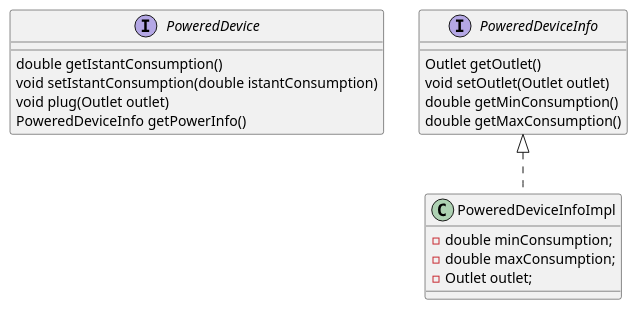
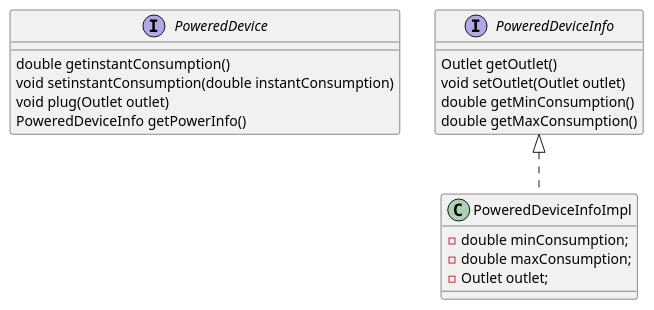
One commit to progetto-oop-22-23/OOP-report changed the diagram in monticelli/uml/PoweredDevice.puml. Above: the diagram before and after it, drawn with PlantUML. The commit also changed 1 other file, not shown here.

Commit message:
[LANG] istant -> instant

```diff
--- a/monticelli/uml/PoweredDevice.puml
+++ b/monticelli/uml/PoweredDevice.puml
@@ -1,22 +1,22 @@
 @startuml PoweredDevice
 interface PoweredDevice {
-    double getIstantConsumption()
-    void setIstantConsumption(double istantConsumption)
+    double getinstantConsumption()
+    void setinstantConsumption(double instantConsumption)
     void plug(Outlet outlet)
     PoweredDeviceInfo getPowerInfo()
 }
 
 class PoweredDeviceInfoImpl implements PoweredDeviceInfo {
     -double minConsumption;
     -double maxConsumption;
     -Outlet outlet;
 }
 
 interface PoweredDeviceInfo {
     Outlet getOutlet()
     void setOutlet(Outlet outlet)
     double getMinConsumption()
     double getMaxConsumption()
 }
 
 @enduml
```
